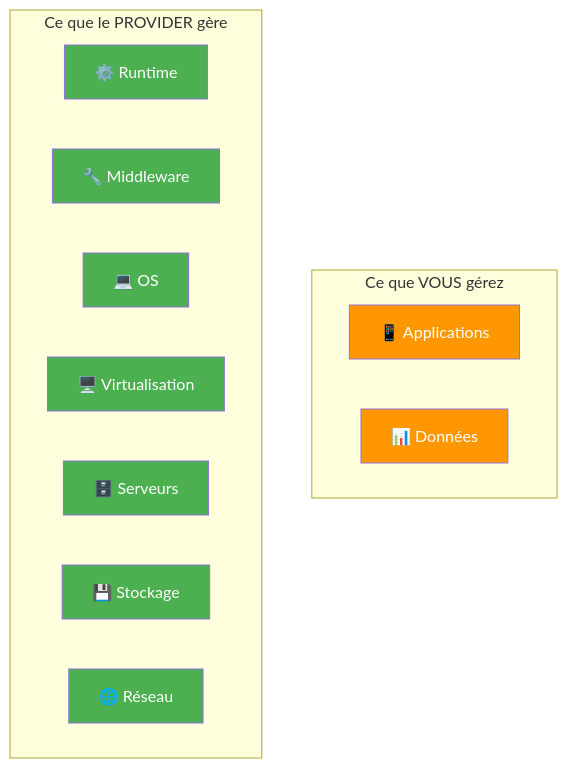
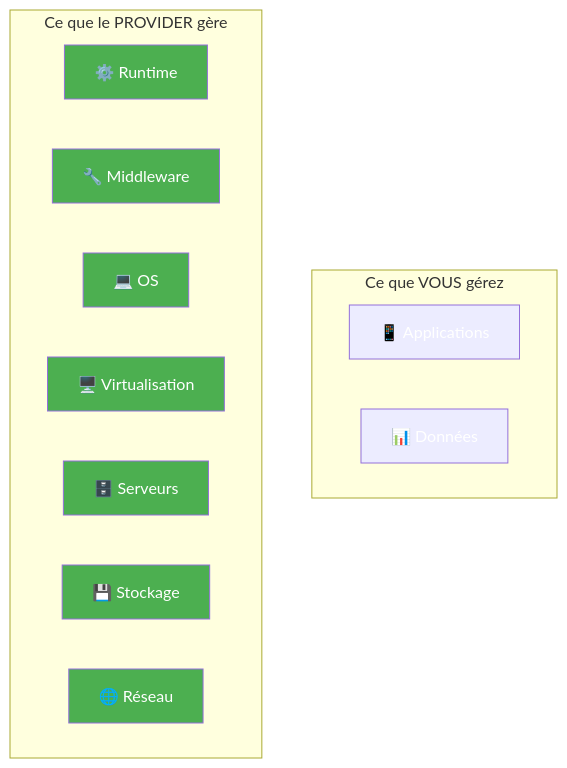
One commit to VBlackJack/ShellBook changed the third of 10 diagrams in docs/formations/cloud-fundamentals/02-module.md. Above: the diagram before and after it, drawn with Mermaid. The commit also changed other lines of this file and 337 other files, not shown here.

First line of the commit message:
refactor(docs): Standardize code blocks and Mermaid colors

````diff
--- a/docs/formations/cloud-fundamentals/02-module.md
+++ b/docs/formations/cloud-fundamentals/02-module.md
@@ -135,27 +135,27 @@
 ```mermaid
 graph TB
     subgraph "Ce que VOUS gérez"
         APP["📱 Applications"]
         DATA["📊 Données"]
     end
 
     subgraph "Ce que le PROVIDER gère"
         RUNTIME["⚙️ Runtime"]
         MIDDLEWARE["🔧 Middleware"]
         OS["💻 OS"]
         VIRT["🖥️ Virtualisation"]
         SERVERS["🗄️ Serveurs"]
         STORAGE["💾 Stockage"]
         NETWORK["🌐 Réseau"]
     end
 
-    style APP fill:#ff9800,color:#fff
-    style DATA fill:#ff9800,color:#fff
+    style APP fill:#FF9800800800,color:#fff
+    style DATA fill:#FF9800800800,color:#fff
     style RUNTIME fill:#4caf50,color:#fff
     style MIDDLEWARE fill:#4caf50,color:#fff
     style OS fill:#4caf50,color:#fff
     style VIRT fill:#4caf50,color:#fff
     style SERVERS fill:#4caf50,color:#fff
     style STORAGE fill:#4caf50,color:#fff
     style NETWORK fill:#4caf50,color:#fff
 ```
````
